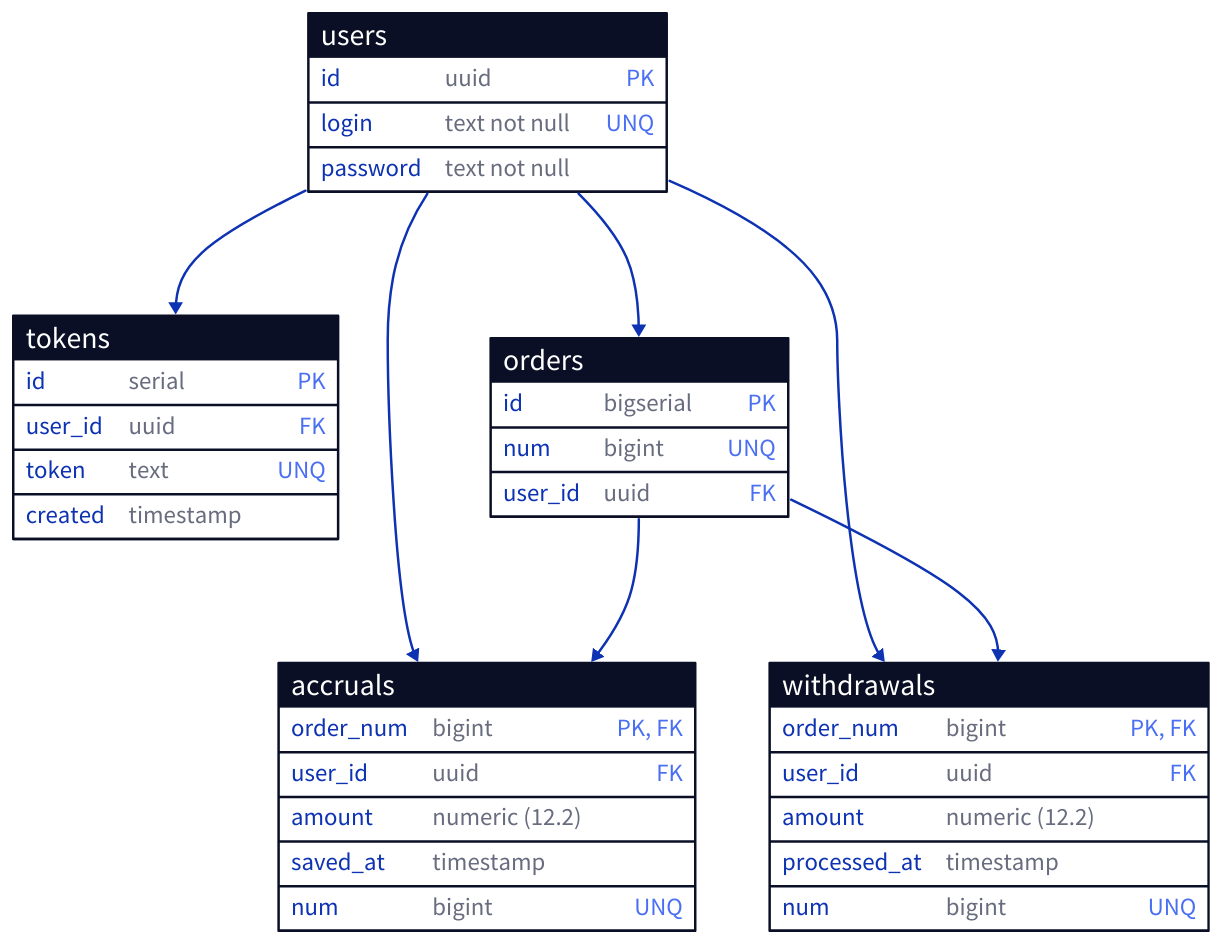
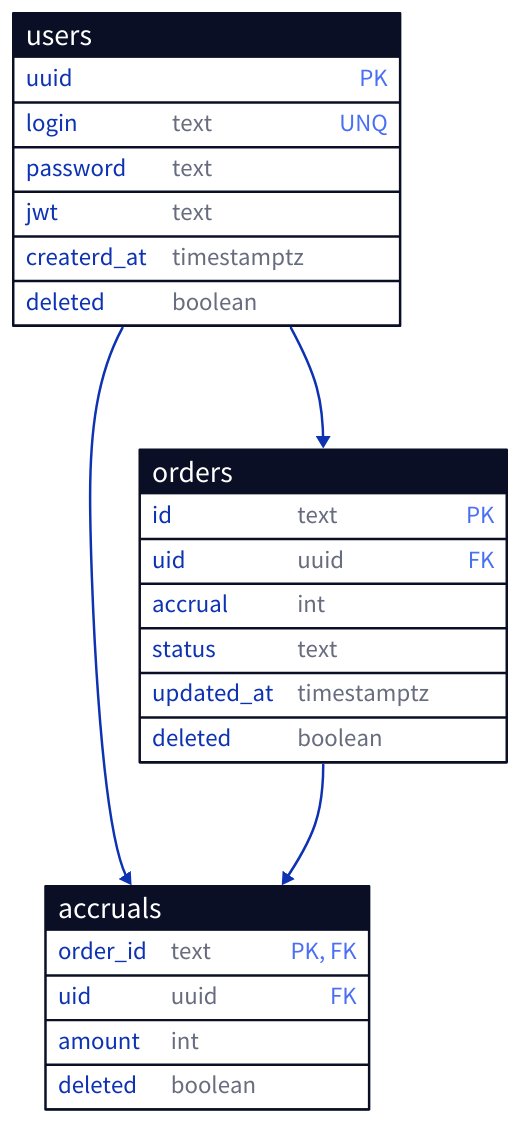
The diagram in docs/tables.d2 (stsg/gophermart), drawn with D2 before and after one commit. The commit also changed 1 other file, not shown here.

```diff
--- a/docs/tables.d2
+++ b/docs/tables.d2
@@ -1,51 +1,34 @@
 users: {
   shape: sql_table
 
-  id: uuid {constraint: PK}
-  login: text not null {constraint: UNQ}
-  password: text not null
-}
-
-tokens: {
-  shape: sql_table
-
-  id: serial {constraint: PK}
-  user_id: uuid {constraint: FK}
-  token: text {constraint: UNQ}
-  created: timestamp
+  uuid: uuid {constraint: PK}
+  login: text {constraint: UNQ}
+  password: text
+  jwt: text
+  createrd_at: timestamptz
+  deleted: boolean
 }
 
 orders: {
   shape: sql_table
 
-  id: bigserial {constraint: PK}
-  num: bigint {constraint: UNQ}
-  user_id: uuid {constraint: FK}
+  id: text {constraint: PK}
+  uid: uuid {constraint: FK}
+  accrual: int
+  status: text
+  updated_at: timestamptz
+  deleted: boolean
 }
 
 accruals: {
   shape: sql_table
 
-  order_num: bigint {constraint: [PK, FK]}
-  user_id: uuid {constraint: FK}
-  amount: numeric (12.2)
-  saved_at: timestamp
-  num: bigint {constraint: UNQ}
+  order_id: text {constraint: [PK, FK]}
+  uid: uuid {constraint: FK}
+  amount: int
+  deleted: boolean
 }
 
-withdrawals: {
-  shape: sql_table
-
-  order_num: bigint {constraint: [PK, FK]}
-  user_id: uuid {constraint: FK}
-  amount: numeric (12.2)
-  processed_at: timestamp
-  num: bigint {constraint: UNQ}
-}
-
-users.id -> tokens.user_id
-users.id -> orders.user_id
-users.id -> accruals.user_id
-users.id -> withdrawals.user_id
-orders.num -> accruals.order_num
-orders.num -> withdrawals.order_num
+users.uuid -> orders.uid
+users.uuid -> accruals.uid
+orders.id -> accruals.order_id
```
